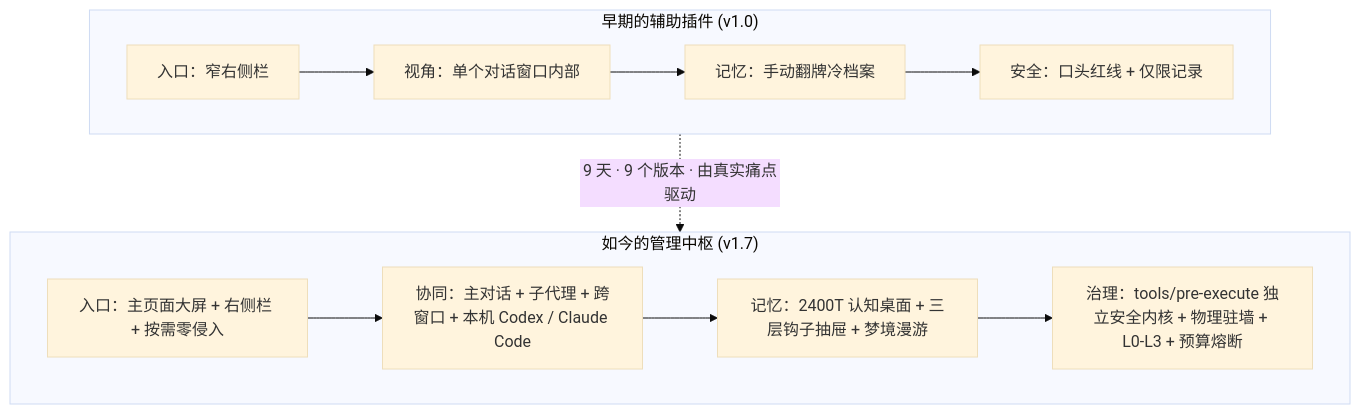
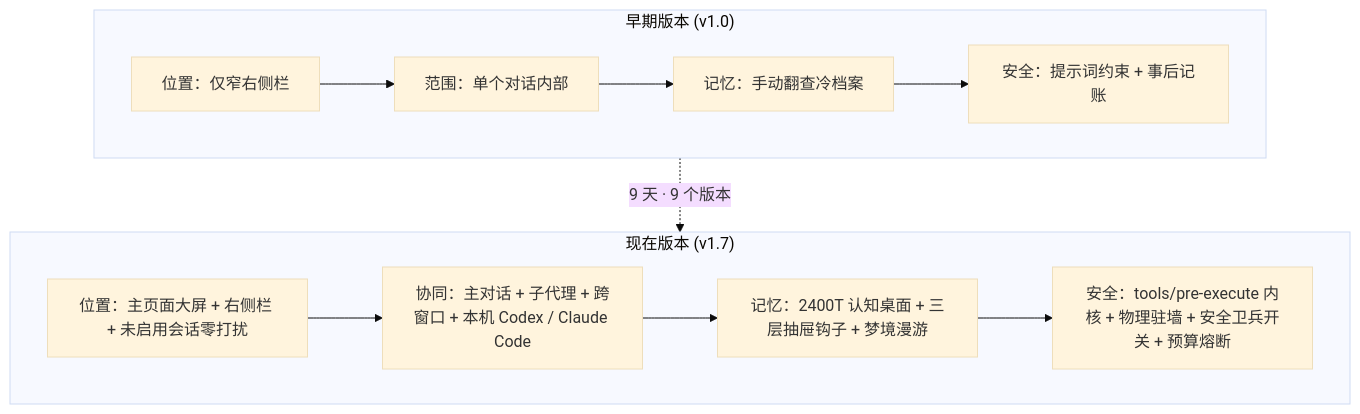
The second of 2 diagrams in EVOLUTION.md (gluztm/dsh-chief), drawn with Mermaid (base theme) before and after one commit. The commit also changed other lines of this file and 5 other files, not shown here.

````diff
--- a/EVOLUTION.md
+++ b/EVOLUTION.md
@@ -175,20 +155,20 @@
 ```mermaid
 flowchart TB
-  subgraph Before["早期的辅助插件 (v1.0)"]
-    B1["入口：窄右侧栏"]
-    B2["视角：单个对话窗口内部"]
-    B3["记忆：手动翻牌冷档案"]
-    B4["安全：口头红线 + 仅限记录"]
+  subgraph Before["早期版本 (v1.0)"]
+    B1["位置：仅窄右侧栏"]
+    B2["范围：单个对话内部"]
+    B3["记忆：手动翻查冷档案"]
+    B4["安全：提示词约束 + 事后记账"]
     B1 --> B2 --> B3 --> B4
   end
 
-  subgraph Now["如今的管理中枢 (v1.7)"]
-    N1["入口：主页面大屏 + 右侧栏 + 按需零侵入"]
+  subgraph Now["现在版本 (v1.7)"]
+    N1["位置：主页面大屏 + 右侧栏 + 未启用会话零打扰"]
     N2["协同：主对话 + 子代理 + 跨窗口 + 本机 Codex / Claude Code"]
-    N3["记忆：2400T 认知桌面 + 三层钩子抽屉 + 梦境漫游"]
-    N4["治理：tools/pre-execute 独立安全内核 + 物理驻墙 + L0-L3 + 预算熔断"]
+    N3["记忆：2400T 认知桌面 + 三层抽屉钩子 + 梦境漫游"]
+    N4["安全：tools/pre-execute 内核 + 物理驻墙 + 安全卫兵开关 + 预算熔断"]
     N1 --> N2 --> N3 --> N4
   end
 
-  Before -.->|"9 天 · 9 个版本 · 由真实痛点驱动"| Now
+  Before -.->|"9 天 · 9 个版本"| Now
 ```
````
